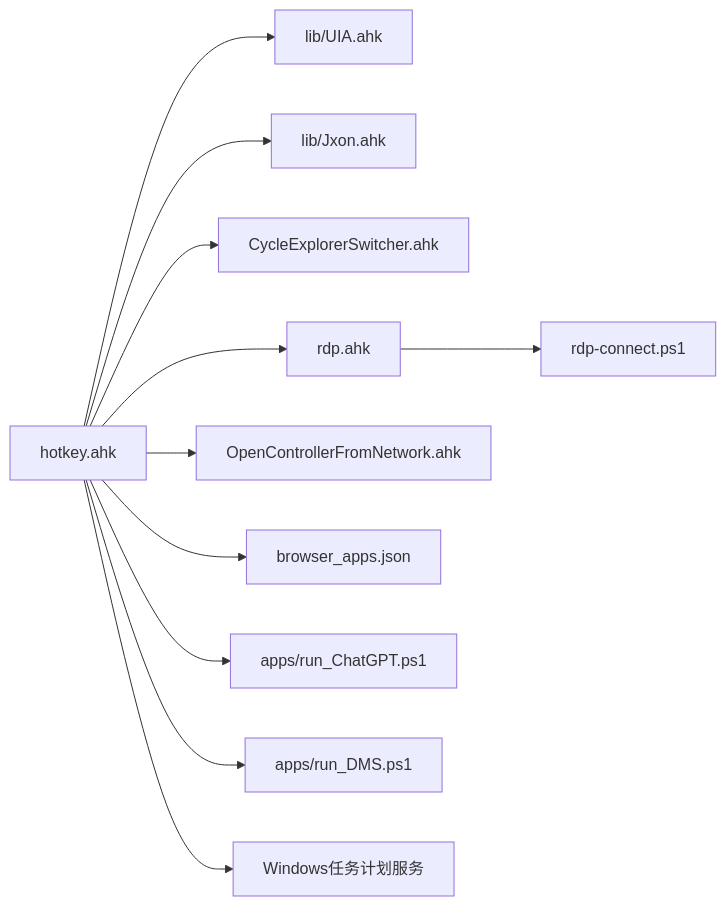
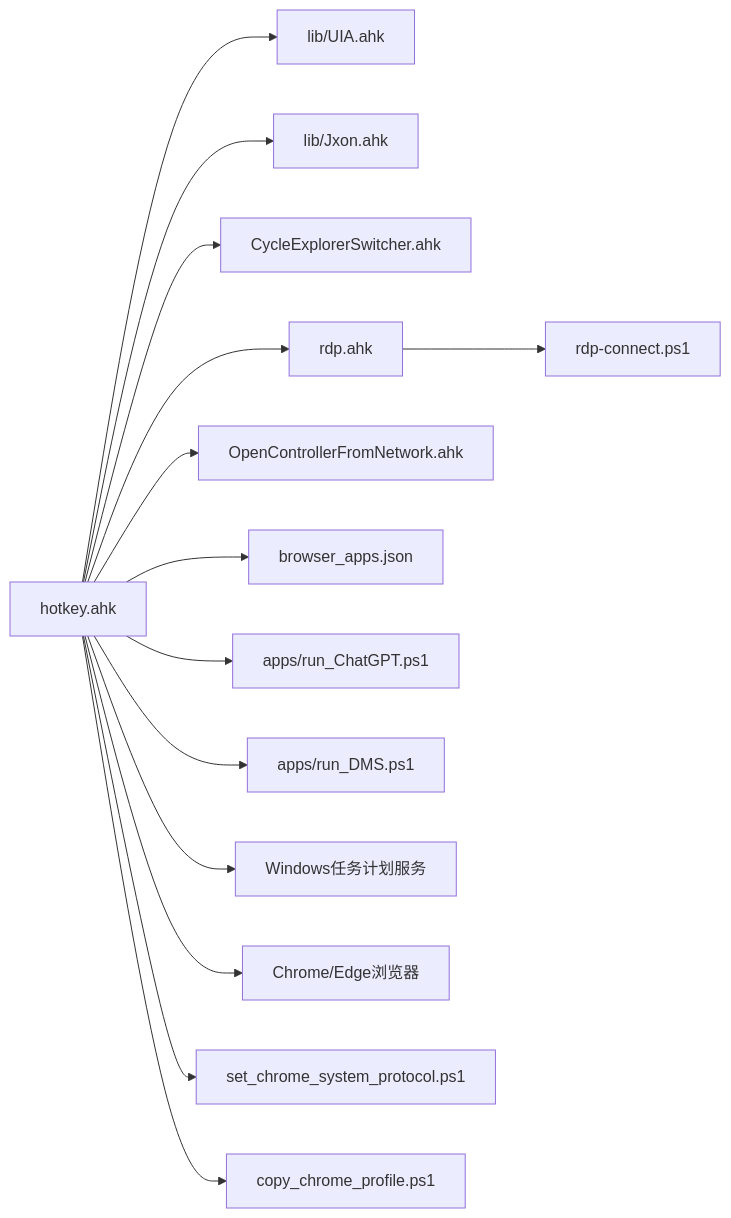
The tenth of 10 diagrams in .qoder/repowiki/zh/content/核心功能/应用程序控制.md (wangys-123doit/hotkey), drawn with Mermaid before and after one commit. The commit also changed other lines of this file and 5 other files, not shown here.

````diff
--- a/.qoder/repowiki/zh/content/核心功能/应用程序控制.md
+++ b/.qoder/repowiki/zh/content/核心功能/应用程序控制.md
@@ -415,13 +465,16 @@
 ```mermaid
 graph LR
 HK["hotkey.ahk"] --> UIA["lib/UIA.ahk"]
 HK --> JX["lib/Jxon.ahk"]
 HK --> CES["CycleExplorerSwitcher.ahk"]
 HK --> RDP["rdp.ahk"]
 HK --> OCN["OpenControllerFromNetwork.ahk"]
 RDP --> PS["rdp-connect.ps1"]
 HK --> BJSON["browser_apps.json"]
 HK --> PCHAT["apps/run_ChatGPT.ps1"]
 HK --> PDMS["apps/run_DMS.ps1"]
 HK --> SCHTASKS["Windows任务计划服务"]
+HK --> CHROME["Chrome/Edge浏览器"]
+HK --> PROTOCOL["set_chrome_system_protocol.ps1"]
+HK --> PROFILE["copy_chrome_profile.ps1"]
 ```
````
